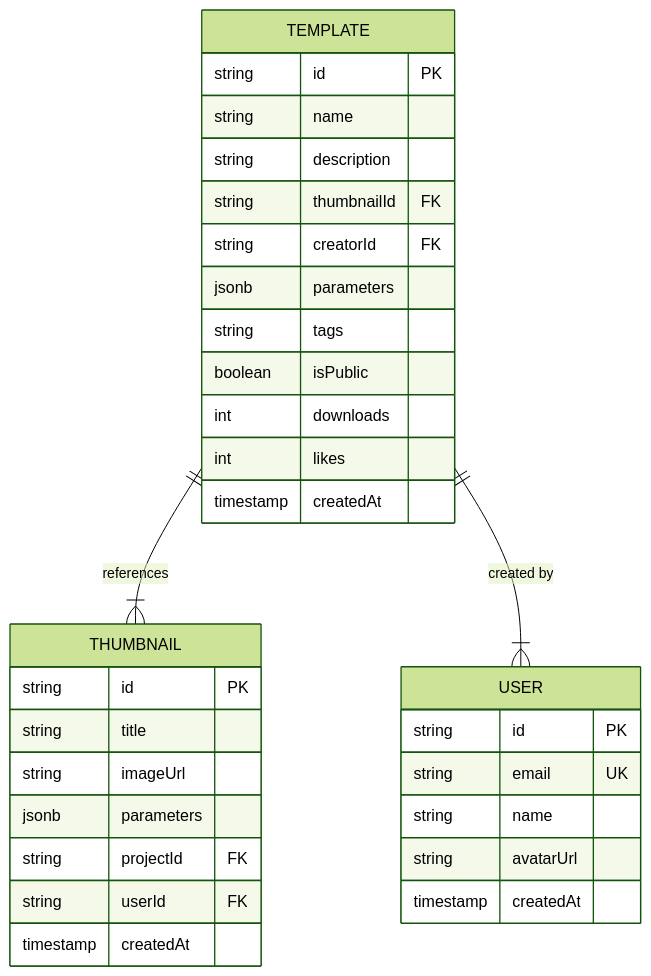
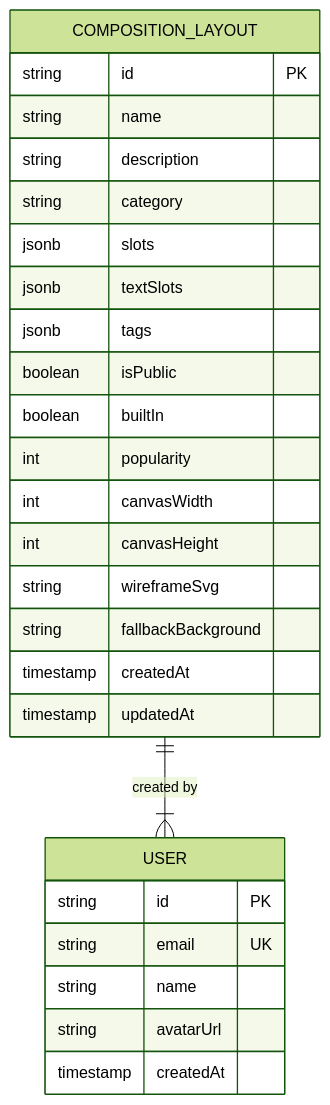
The fifth of 5 diagrams in .qoder/repowiki/en/content/Template Marketplace/Template Marketplace.md (Brimstow/ThumPiks), drawn with Mermaid (forest theme) before and after one commit. The commit also changed other lines of this file and 900 other files, not shown here.

````diff
--- a/.qoder/repowiki/en/content/Template Marketplace/Template Marketplace.md
+++ b/.qoder/repowiki/en/content/Template Marketplace/Template Marketplace.md
@@ -76,34 +147,29 @@
 ```mermaid
 erDiagram
-TEMPLATE {
+COMPOSITION_LAYOUT {
 string id PK
 string name
 string description
-string thumbnailId FK
-string creatorId FK
-jsonb parameters
-string tags
+string category
+jsonb slots
+jsonb textSlots
+jsonb tags
 boolean isPublic
-int downloads
-int likes
+boolean builtIn
+int popularity
+int canvasWidth
+int canvasHeight
+string wireframeSvg
+string fallbackBackground
 timestamp createdAt
-}
-THUMBNAIL {
-string id PK
-string title
-string imageUrl
-jsonb parameters
-string projectId FK
-string userId FK
-timestamp createdAt
+timestamp updatedAt
 }
 USER {
 string id PK
 string email UK
 string name
 string avatarUrl
 timestamp createdAt
 }
-TEMPLATE ||--|{ THUMBNAIL : "references"
-TEMPLATE ||--|{ USER : "created by"
+COMPOSITION_LAYOUT ||--|{ USER : "created by"
 ```
````
